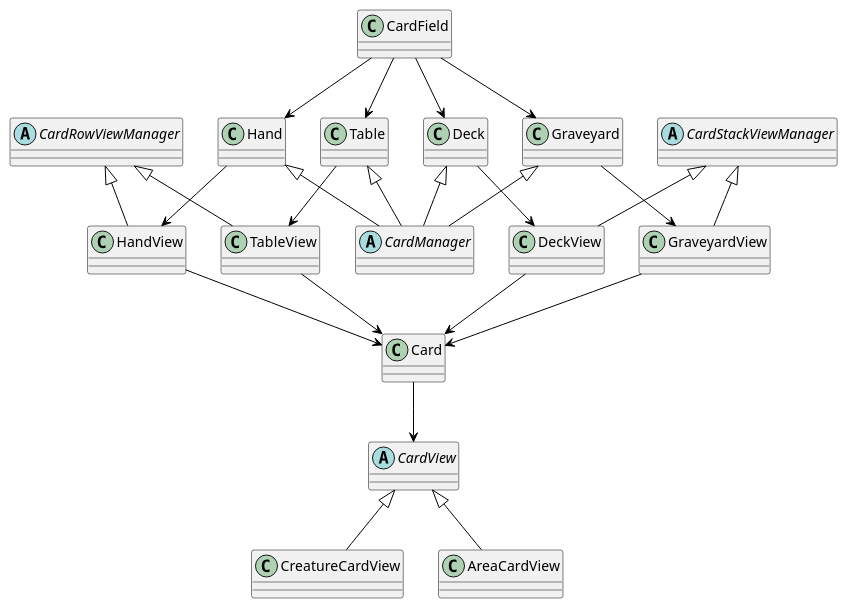
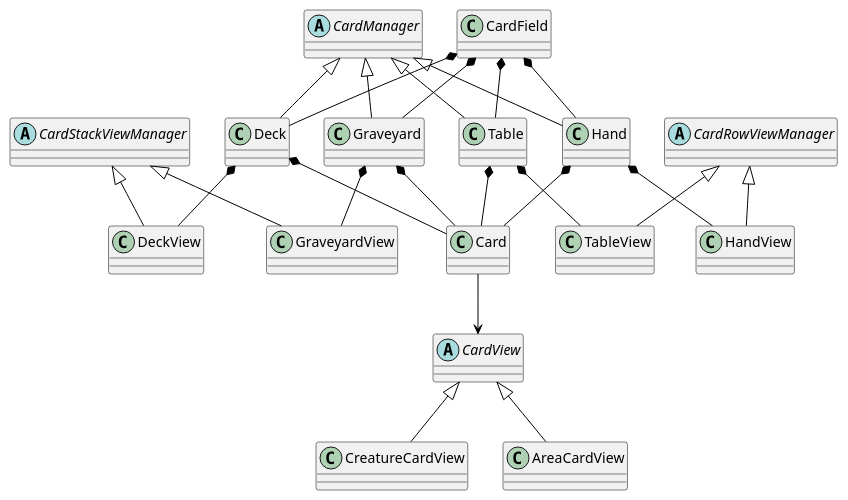
The diagram in uml/cards.puml (gamesFTW/phaser-card-game-client), drawn with PlantUML before and after one commit.

Commit message:
In cards UML there is no more direct links from HandView\DeckView... and CardView

```diff
--- a/uml/cards.puml
+++ b/uml/cards.puml
@@ -1,66 +1,65 @@
 @startuml
 
 skinparam class {
 	ArrowColor black
 	BorderColor black
 }
 
 skinparam stereotypeCBackgroundColor YellowGreen
 skinparam shadowing false
 
 
 class CardField
-CardField --> Hand
-CardField --> Table
-CardField --> Deck
-CardField --> Graveyard
+CardField *-- Hand
+CardField *-- Table
+CardField *-- Deck
+CardField *-- Graveyard
 
 abstract CardView
 
 abstract CardManager
 
 abstract CardRowViewManager
 
 abstract CardStackViewManager
 
 
 class Card
 Card --> CardView
 
-
 class CreatureCardView
 CardView <|-- CreatureCardView
 
 
 class AreaCardView
 CardView <|-- AreaCardView
 
 
 class Hand
-Hand <|-- CardManager
-Hand --> HandView
-HandView --> Card
+Hand -up-|> CardManager
+Hand *-- Card
+Hand *-- HandView
 CardRowViewManager <|-- HandView
 
 
 class Table
-Table <|-- CardManager
-Table --> TableView
-TableView --> Card
+Table -up-|> CardManager
+Table *-- Card
+Table *-- TableView
 CardRowViewManager <|-- TableView
 
 class Graveyard
-Graveyard <|-- CardManager
-Graveyard --> GraveyardView
-GraveyardView --> Card
+Graveyard -up-|> CardManager
+Graveyard *-- Card
+Graveyard *-- GraveyardView
 CardStackViewManager <|-- GraveyardView
 
 
 class Deck
-Deck <|-- CardManager
-Deck  --> DeckView
-DeckView --> Card
+Deck -up-|> CardManager
+Deck *-- Card
+Deck *-- DeckView
 CardStackViewManager <|-- DeckView
 
 
 @enduml
```
